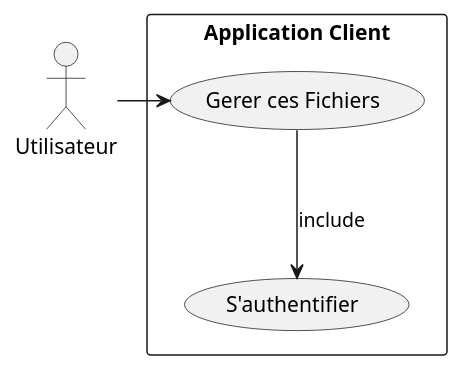
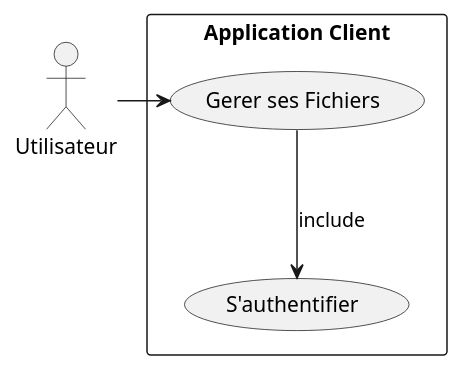
The diagram in Documentations/Diagram/use_case.plantuml (LinkIsACake/PTUT-CoffreFortElectronique), drawn with PlantUML before and after one commit.

```diff
--- a/Documentations/Diagram/use_case.plantuml
+++ b/Documentations/Diagram/use_case.plantuml
@@ -1,18 +1,18 @@
 @startuml
 
 actor Utilisateur
 
 
 rectangle "Application Client" {
-  usecase "Gerer ces Fichiers" as manageFiles
+  usecase "Gerer ses Fichiers" as manageFiles
   usecase "S'authentifier" as login
   'usecase "Mettre a jour ces informations personnels" as updateAccount
 
   Utilisateur -right-> (manageFiles)
   'Utilisateur -right-> (updateAccount)
   manageFiles -down-> (login) : include
   'updateAccount -right-> (login) : include
 
 }
 
 @enduml
```
